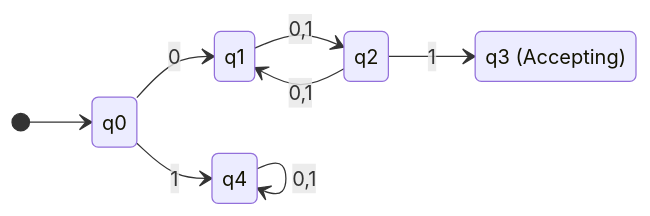
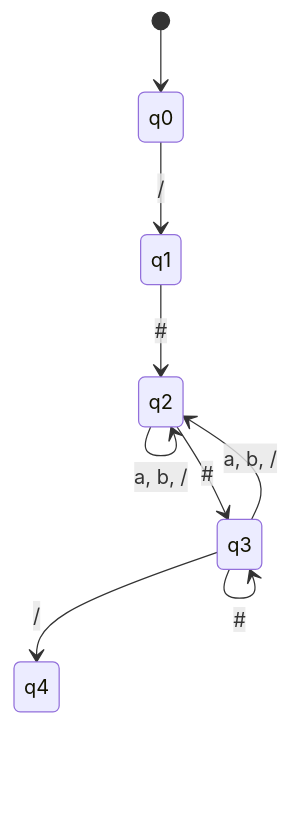
One commit to vikas-movva/Obsidian changed the tenth of 12 diagrams in School/CP414 Foundations of Computing/Assignments/Assignment 1.md. Above: the diagram before and after it, drawn with Mermaid. The commit also changed other lines of this file and 1 other file, not shown here.

````diff
--- a/School/CP414 Foundations of Computing/Assignments/Assignment 1.md
+++ b/School/CP414 Foundations of Computing/Assignments/Assignment 1.md
@@ -75,12 +257,12 @@
 ```mermaid
 stateDiagram-v2
-    direction LR
     [*] --> q0
-    q0 --> q1: 0
-    q0 --> q4: 1
-    q1 --> q2: 0,1
-    q2 --> q1: 0,1
-    q4 --> q4: 0,1
-    q2 --> q3: 1
-    q3: q3 (Accepting)
+    q0 --> q1: /
+    q1 --> q2: #
+    q2 --> q2: a, b, /
+    q2 --> q3: #
+    q3 --> q2: a, b, /
+    q3 --> q4: /
+    q3 --> q3: #
+    state q4 <<accept>>
 ```
````
